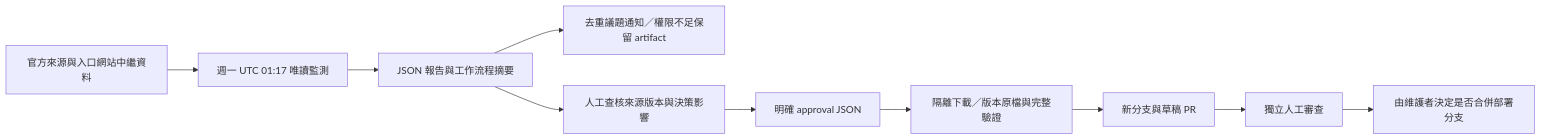
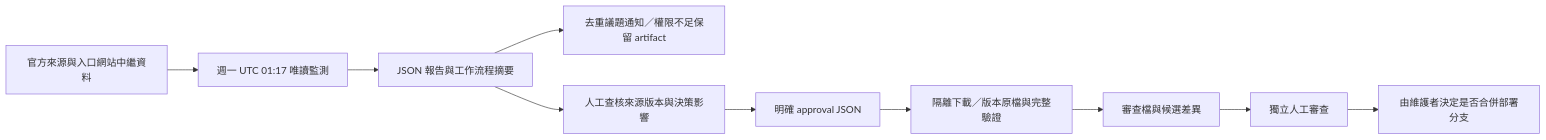
Before and after one commit to LEO0331/taipei-bin-map: the diagram in docs/bin-policy-data-governance.zh-Hant.md, drawn with Mermaid. The commit also changed other lines of this file and 55 other files, not shown here.

````diff
--- a/docs/bin-policy-data-governance.zh-Hant.md
+++ b/docs/bin-policy-data-governance.zh-Hant.md
@@ -26,12 +26,12 @@
 ```mermaid
 flowchart LR
   S[官方來源與入口網站中繼資料] --> M[週一 UTC 01:17 唯讀監測]
   M --> A[JSON 報告與工作流程摘要]
   A --> I[去重議題通知／權限不足保留 artifact]
   A --> H[人工查核來源版本與決策影響]
   H --> P[明確 approval JSON]
   P --> V[隔離下載／版本原檔與完整驗證]
-  V --> B[新分支與草稿 PR]
+  V --> B[審查檔與候選差異]
   B --> R[獨立人工審查]
   R --> D[由維護者決定是否合併部署分支]
 ```
````
